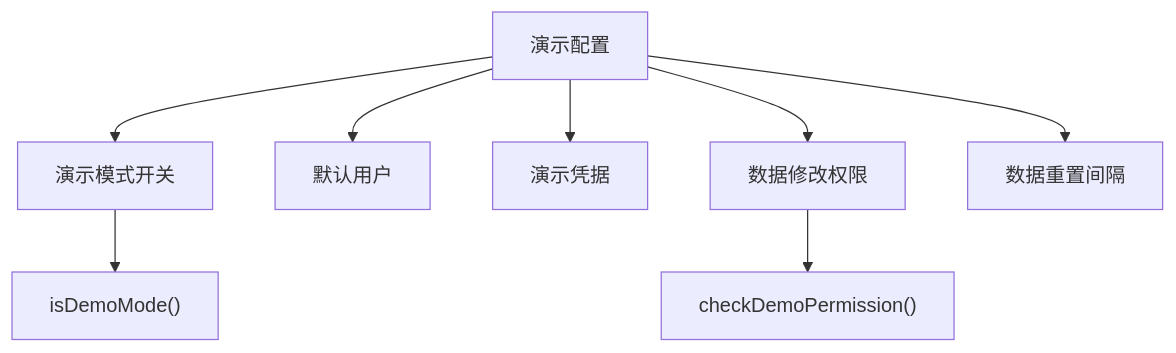
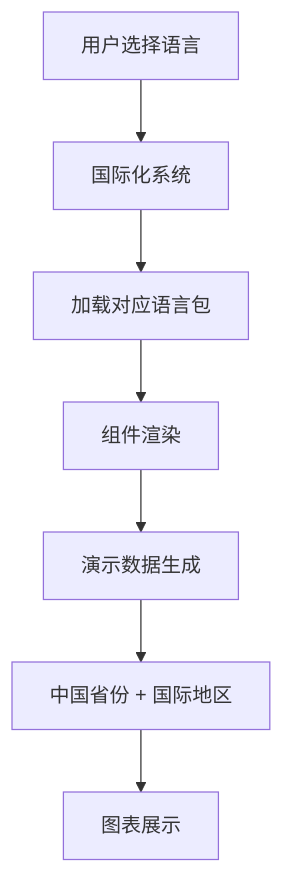
Diagram 12 of 13 in .qoder/repowiki/zh/content/监控与分析/监控与分析.md (RadiumAg/AIGate), drawn with Mermaid before and after one commit. The commit also changed other lines of this file and 15 other files, not shown here.

````diff
--- a/.qoder/repowiki/zh/content/监控与分析/监控与分析.md
+++ b/.qoder/repowiki/zh/content/监控与分析/监控与分析.md
@@ -625,10 +477,9 @@
 ```mermaid
 flowchart TD
-Config["演示配置"] --> Enabled["演示模式开关"]
-Config --> DefaultUser["默认用户"]
-Config --> Credentials["演示凭据"]
-Config --> Mutations["数据修改权限"]
-Config --> ResetInterval["数据重置间隔"]
-Enabled --> Check["isDemoMode()"]
-Mutations --> Permission["checkDemoPermission()"]
+Locale["用户选择语言"] --> I18n["国际化系统"]
+I18n --> Messages["加载对应语言包"]
+Messages --> Components["组件渲染"]
+Components --> DemoData["演示数据生成"]
+DemoData --> Regions["中国省份 + 国际地区"]
+Regions --> Charts["图表展示"]
 ```
````
